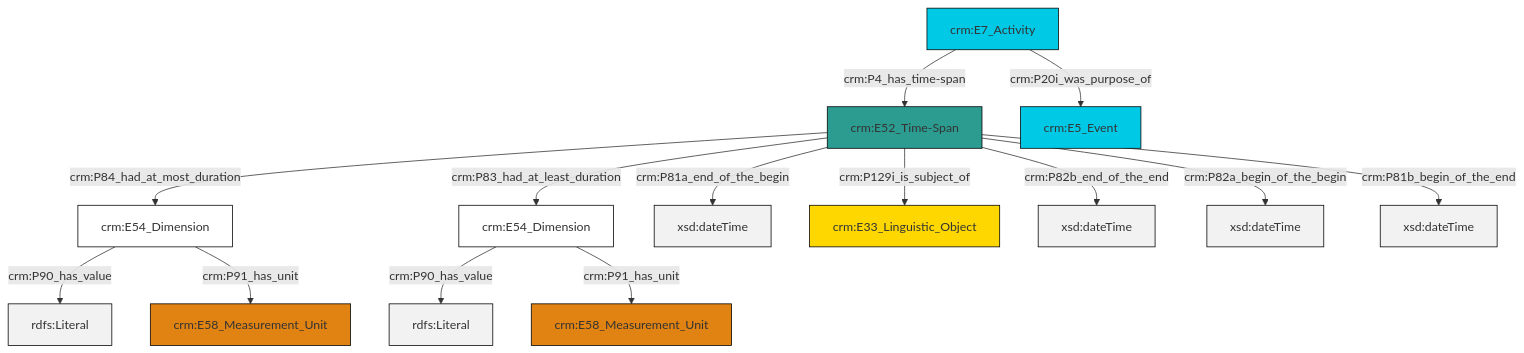
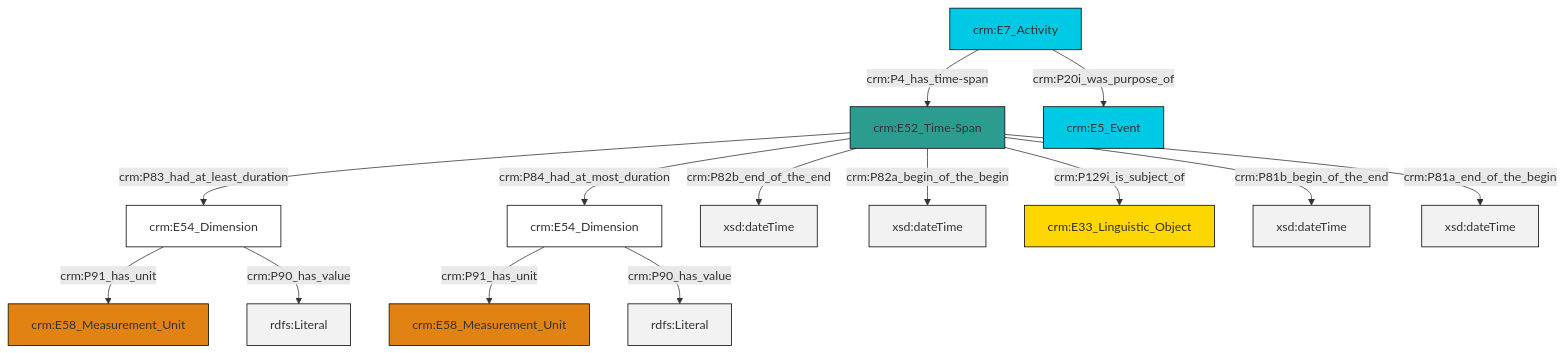
One commit to swiss-art-research-net/docs.swissartresearch changed the diagram in et/eventCSV/ttl/mmd/event_existence.ttl.mmd. Above: the diagram before and after it, drawn with Mermaid. The commit also changed 175 other files, not shown here.

```diff
--- a/et/eventCSV/ttl/mmd/event_existence.ttl.mmd
+++ b/et/eventCSV/ttl/mmd/event_existence.ttl.mmd
@@ -1,28 +1,28 @@
 graph TD
 classDef Literal fill:#f2f2f2,stroke:#000000;
 classDef CRM_Entity fill:#FFFFFF,stroke:#000000;
 classDef Temporal_Entity fill:#00C9E6, stroke:#000000;
 classDef Type fill:#E18312, stroke:#000000;
 classDef Time-Span fill:#2C9C91, stroke:#000000;
 classDef Appellation fill:#FFEB7F, stroke:#000000;
 classDef Place fill:#008836, stroke:#000000;
 classDef Persistent_Item fill:#B266B2, stroke:#000000;
 classDef Conceptual_Object fill:#FFD700, stroke:#000000;
 classDef Physical_Thing fill:#D2B48C, stroke:#000000;
 classDef Actor fill:#f58aad, stroke:#000000;
 classDef PC_Classes fill:#4ce600, stroke:#000000;
 classDef Multi fill:#cccccc,stroke:#000000;
 
-2["crm:E52_Time-Span"]:::Time-Span -->|crm:P84_had_at_most_duration| 3["crm:E54_Dimension"]:::CRM_Entity
-2["crm:E52_Time-Span"]:::Time-Span -->|crm:P81a_end_of_the_begin| 5[xsd:dateTime]:::Literal
-0["crm:E54_Dimension"]:::CRM_Entity -->|crm:P90_has_value| 6[rdfs:Literal]:::Literal
-9["crm:E7_Activity"]:::Temporal_Entity -->|crm:P20i_was_purpose_of| 10["crm:E5_Event"]:::Temporal_Entity
-3["crm:E54_Dimension"]:::CRM_Entity -->|crm:P90_has_value| 11[rdfs:Literal]:::Literal
-0["crm:E54_Dimension"]:::CRM_Entity -->|crm:P91_has_unit| 12["crm:E58_Measurement_Unit"]:::Type
-2["crm:E52_Time-Span"]:::Time-Span -->|crm:P129i_is_subject_of| 14["crm:E33_Linguistic_Object"]:::Conceptual_Object
-3["crm:E54_Dimension"]:::CRM_Entity -->|crm:P91_has_unit| 7["crm:E58_Measurement_Unit"]:::Type
-9["crm:E7_Activity"]:::Temporal_Entity -->|crm:P4_has_time-span| 2["crm:E52_Time-Span"]:::Time-Span
-2["crm:E52_Time-Span"]:::Time-Span -->|crm:P82b_end_of_the_end| 18[xsd:dateTime]:::Literal
-2["crm:E52_Time-Span"]:::Time-Span -->|crm:P83_had_at_least_duration| 0["crm:E54_Dimension"]:::CRM_Entity
-2["crm:E52_Time-Span"]:::Time-Span -->|crm:P82a_begin_of_the_begin| 20[xsd:dateTime]:::Literal
-2["crm:E52_Time-Span"]:::Time-Span -->|crm:P81b_begin_of_the_end| 21[xsd:dateTime]:::Literal
+0["crm:E54_Dimension"]:::CRM_Entity -->|crm:P91_has_unit| 1["crm:E58_Measurement_Unit"]:::Type
+2["crm:E54_Dimension"]:::CRM_Entity -->|crm:P91_has_unit| 3["crm:E58_Measurement_Unit"]:::Type
+4["crm:E7_Activity"]:::Temporal_Entity -->|crm:P4_has_time-span| 5["crm:E52_Time-Span"]:::Time-Span
+0["crm:E54_Dimension"]:::CRM_Entity -->|crm:P90_has_value| 8[rdfs:Literal]:::Literal
+5["crm:E52_Time-Span"]:::Time-Span -->|crm:P83_had_at_least_duration| 2["crm:E54_Dimension"]:::CRM_Entity
+5["crm:E52_Time-Span"]:::Time-Span -->|crm:P82b_end_of_the_end| 9[xsd:dateTime]:::Literal
+5["crm:E52_Time-Span"]:::Time-Span -->|crm:P82a_begin_of_the_begin| 12[xsd:dateTime]:::Literal
+2["crm:E54_Dimension"]:::CRM_Entity -->|crm:P90_has_value| 16[rdfs:Literal]:::Literal
+5["crm:E52_Time-Span"]:::Time-Span -->|crm:P129i_is_subject_of| 17["crm:E33_Linguistic_Object"]:::Conceptual_Object
+5["crm:E52_Time-Span"]:::Time-Span -->|crm:P81b_begin_of_the_end| 18[xsd:dateTime]:::Literal
+4["crm:E7_Activity"]:::Temporal_Entity -->|crm:P20i_was_purpose_of| 14["crm:E5_Event"]:::Temporal_Entity
+5["crm:E52_Time-Span"]:::Time-Span -->|crm:P84_had_at_most_duration| 0["crm:E54_Dimension"]:::CRM_Entity
+5["crm:E52_Time-Span"]:::Time-Span -->|crm:P81a_end_of_the_begin| 21[xsd:dateTime]:::Literal
```
